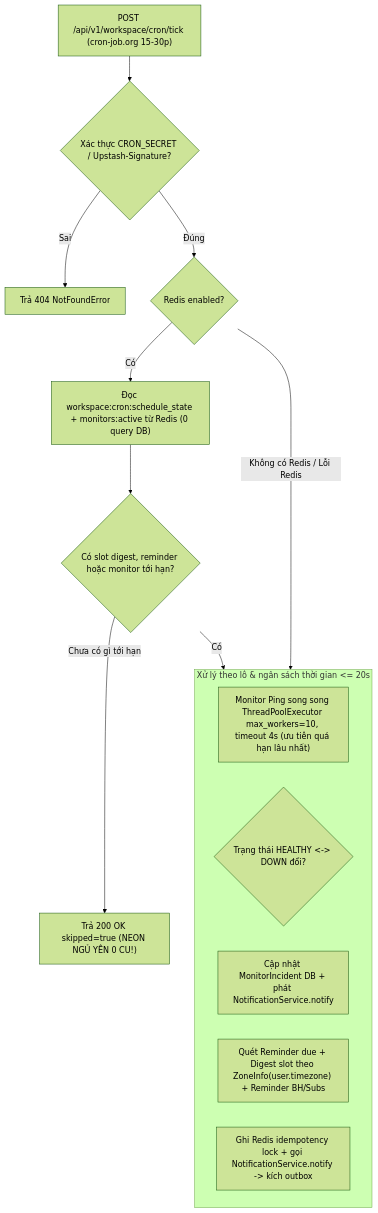
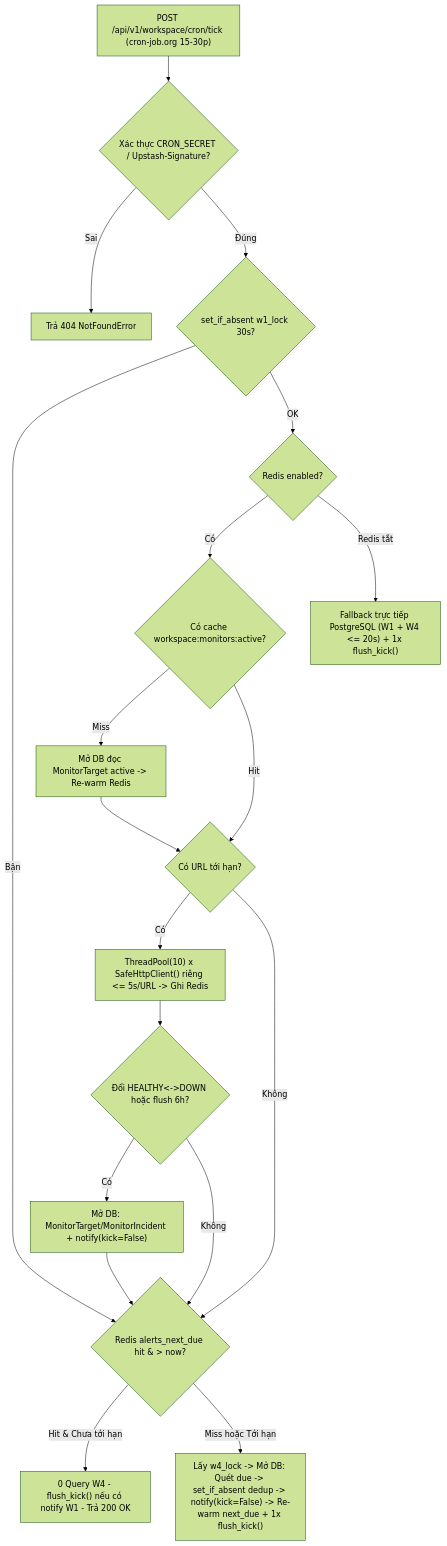
The second of 2 diagrams in docs/plans/2026/11/25/personal-assistant-plan.md (IamXuanToan/ToanNX), drawn with Mermaid (forest theme) before and after one commit. The commit also changed other lines of this file and 449 other files, not shown here.

````diff
--- a/docs/plans/2026/11/25/personal-assistant-plan.md
+++ b/docs/plans/2026/11/25/personal-assistant-plan.md
@@ -291,21 +314,25 @@
 ```mermaid
 flowchart TD
     Tick["POST /api/v1/workspace/cron/tick (cron-job.org 15-30p)"] --> Auth{"Xác thực CRON_SECRET / Upstash-Signature?"}
     Auth -->|Sai| NotFound["Trả 404 NotFoundError"]
-    Auth -->|Đúng| CheckRedis{"Redis enabled?"}
+    Auth -->|Đúng| LockW1{"set_if_absent w1_lock 30s?"}
+    LockW1 -->|Bận| CheckW4
+    LockW1 -->|OK| CheckRedis{"Redis enabled?"}
 
-    CheckRedis -->|Có| ReadState["Đọc workspace:cron:schedule_state + monitors:active từ Redis (0 query DB)"]
-    ReadState --> DueCheck{"Có slot digest, reminder hoặc monitor tới hạn?"}
-    DueCheck -->|Chưa có gì tới hạn| Skip["Trả 200 OK skipped=true (NEON NGỦ YÊN 0 CU!)"]
-    DueCheck -->|Có| RunWork
+    CheckRedis -->|Có| W1Cache{"Có cache workspace:monitors:active?"}
+    W1Cache -->|Miss| RewarmW1["Mở DB đọc MonitorTarget active -> Re-warm Redis"]
+    RewarmW1 --> W1Due
+    W1Cache -->|Hit| W1Due{"Có URL tới hạn?"}
 
-    CheckRedis -->|Không có Redis / Lỗi Redis| RunWork["Chạy kiểm tra trực tiếp trên PostgreSQL (fallback an toàn)"]
+    W1Due -->|Có| PingPool["ThreadPool(10) x SafeHttpClient() riêng <= 5s/URL -> Ghi Redis"]
+    PingPool --> StatusFlip{"Đổi HEALTHY<->DOWN hoặc flush 6h?"}
+    StatusFlip -->|Có| SyncMonitorDB["Mở DB: MonitorTarget/MonitorIncident + notify(kick=False)"]
+    StatusFlip -->|Không| CheckW4
 
-    subgraph RunWork ["Xử lý theo lô & ngân sách thời gian <= 20s"]
-        W1["Monitor Ping song song ThreadPoolExecutor max_workers=10, timeout 4s (ưu tiên quá hạn lâu nhất)"]
-        W2{"Trạng thái HEALTHY <-> DOWN đổi?"}
-        W3["Cập nhật MonitorIncident DB + phát NotificationService.notify"]
-        W4["Quét Reminder due + Digest slot theo ZoneInfo(user.timezone) + Reminder BH/Subs"]
-        W5["Ghi Redis idempotency lock + gọi NotificationService.notify -> kích outbox"]
-    end
+    W1Due -->|Không| CheckW4{"Redis alerts_next_due hit & > now?"}
+    SyncMonitorDB --> CheckW4
+    CheckW4 -->|Hit & Chưa tới hạn| DoneZero["0 Query W4 - flush_kick() nếu có notify W1 - Trả 200 OK"]
+    CheckW4 -->|Miss hoặc Tới hạn| RunW4["Lấy w4_lock -> Mở DB: Quét due -> set_if_absent dedup -> notify(kick=False) -> Re-warm next_due + 1x flush_kick()"]
+
+    CheckRedis -->|Redis tắt| FallbackDB["Fallback trực tiếp PostgreSQL (W1 + W4 <= 20s) + 1x flush_kick()"]
 ```
````
